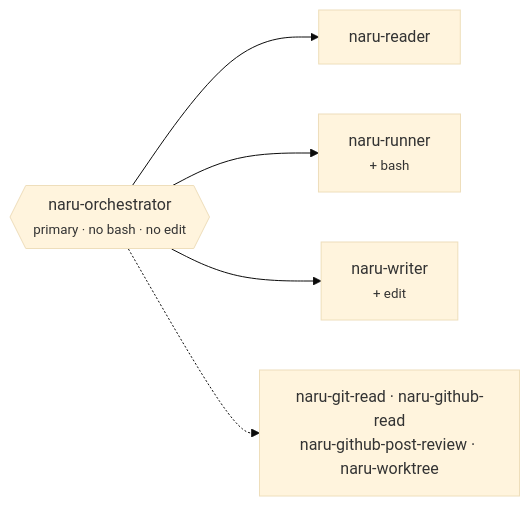
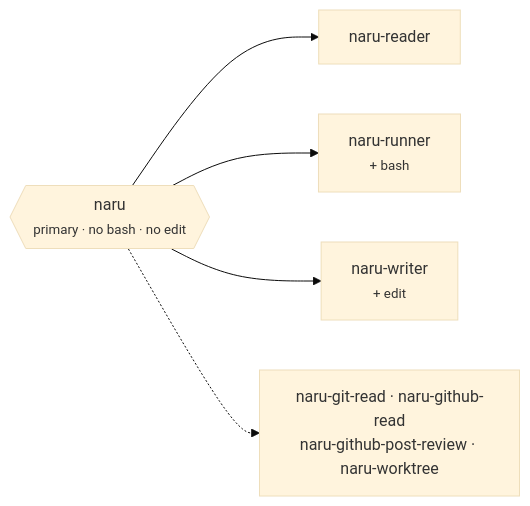
Before and after one commit to sean35mm/naru-opencode: the diagram in docs/development.md, drawn with Mermaid (base theme). The commit also changed other lines of this file and 27 other files, not shown here.

First line of the commit message:
feat: rename naru-orchestrator agent to naru

````diff
--- a/docs/development.md
+++ b/docs/development.md
@@ -37,13 +37,13 @@
 ```mermaid
 flowchart LR
-  ORC{{"naru-orchestrator<br/><small>primary · no bash · no edit</small>"}}
+  ORC{{"naru<br/><small>primary · no bash · no edit</small>"}}
   RD["naru-reader"]
   RUN["naru-runner<br/><small>+ bash</small>"]
   WR["naru-writer<br/><small>+ edit</small>"]
   TOOLS["naru-git-read · naru-github-read<br/>naru-github-post-review · naru-worktree"]
 
   ORC --> RD
   ORC --> RUN
   ORC --> WR
   ORC -.-> TOOLS
 ```
````
